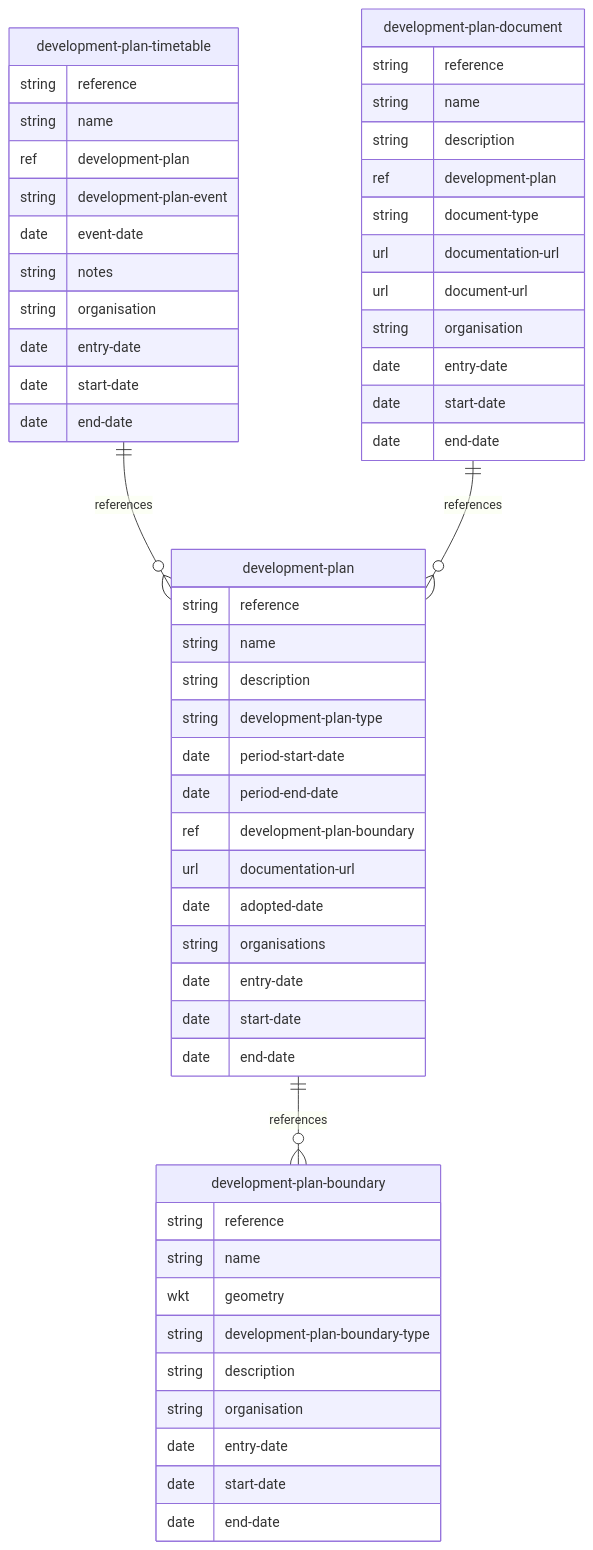
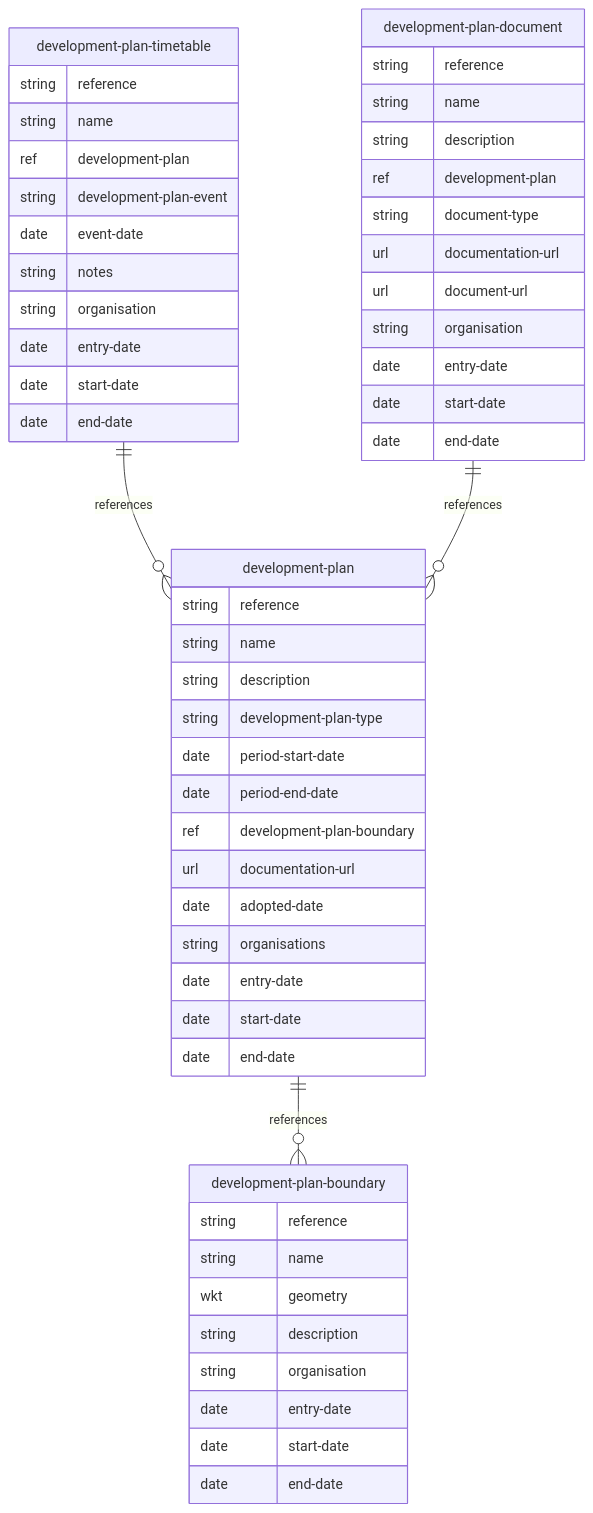
The diagram in docs/mermaid/development-plan.md (digital-land/specification), drawn with Mermaid before and after one commit. The commit also changed 18 other files, not shown here.

````diff
--- a/docs/mermaid/development-plan.md
+++ b/docs/mermaid/development-plan.md
@@ -4,57 +4,56 @@
 ```mermaid
 erDiagram
     development-plan-boundary {
         string reference
         string name
         wkt geometry
-        string development-plan-boundary-type
         string description
         string organisation
         date entry-date
         date start-date
         date end-date
     }
     development-plan {
         string reference
         string name
         string description
         string development-plan-type
         date period-start-date
         date period-end-date
         ref development-plan-boundary
         url documentation-url
         date adopted-date
         string organisations
         date entry-date
         date start-date
         date end-date
     }
     development-plan-timetable {
         string reference
         string name
         ref development-plan
         string development-plan-event
         date event-date
         string notes
         string organisation
         date entry-date
         date start-date
         date end-date
     }
     development-plan-document {
         string reference
         string name
         string description
         ref development-plan
         string document-type
         url documentation-url
         url document-url
         string organisation
         date entry-date
         date start-date
         date end-date
     }
     development-plan ||--o{ development-plan-boundary : references
     development-plan-timetable ||--o{ development-plan : references
     development-plan-document ||--o{ development-plan : references
 ```
````
